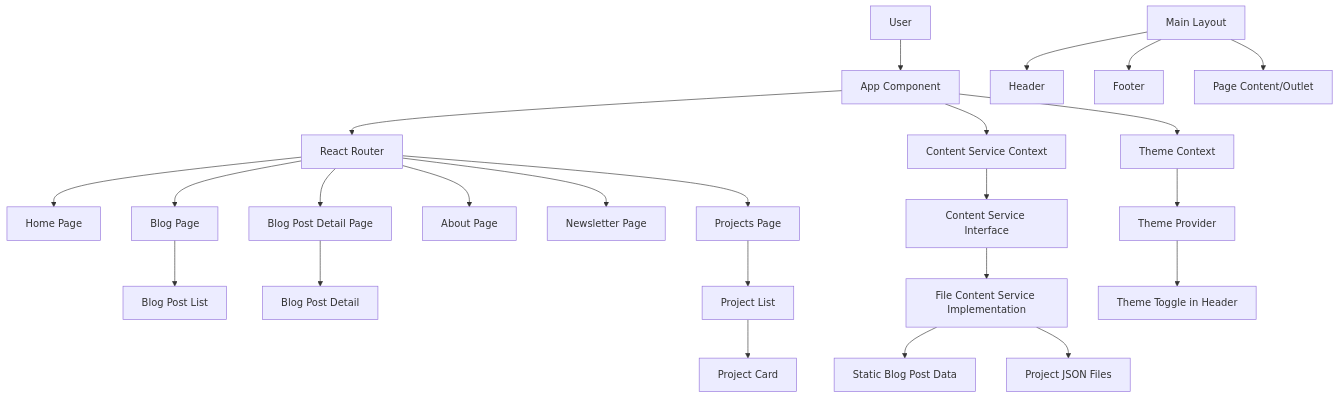
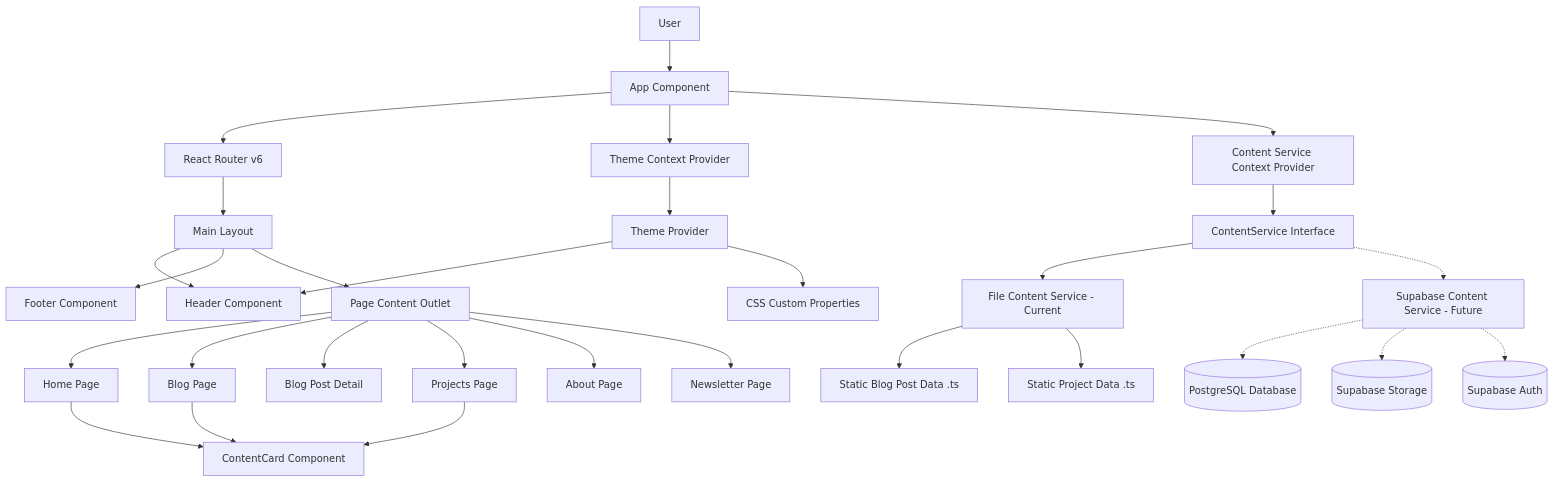
The first of 3 diagrams in memory-bank/systemPatterns.md (tatavarthiv/vijay-blog), drawn with Mermaid before and after one commit. The commit also changed other lines of this file and 25 other files, not shown here.

Commit message:
- finalized UI - added newsletter and about me sections - large refactor of card container to be used across all pages - large refactor of index.css including renaming classes and organization - updated memory bank to reflect current state of project and future plans to migrate data flow to supabase

````diff
--- a/memory-bank/systemPatterns.md
+++ b/memory-bank/systemPatterns.md
@@ -5,33 +5,38 @@
 ```mermaid
 graph TD
     User[User] --> App[App Component]
-    App --> Router[React Router]
-    App --> ThemeContext[Theme Context]
-    App --> ContentServiceContext[Content Service Context]
+    App --> Router[React Router v6]
+    App --> ThemeContext[Theme Context Provider]
+    App --> ContentServiceContext[Content Service Context Provider]
 
-    Router --> HomePage[Home Page]
-    Router --> BlogPage[Blog Page]
-    Router --> ProjectsPage[Projects Page]
-    Router --> AboutPage[About Page]
-    Router --> NewsletterPage[Newsletter Page]
-    Router --> BlogPostPage[Blog Post Detail Page]
+    Router --> MainLayout[Main Layout]
+    MainLayout --> Header[Header Component]
+    MainLayout --> Footer[Footer Component]
+    MainLayout --> Outlet[Page Content Outlet]
 
-    BlogPage --> BlogPostList[Blog Post List]
-    BlogPostPage --> BlogPostDetail[Blog Post Detail]
+    Outlet --> HomePage[Home Page]
+    Outlet --> BlogPage[Blog Page]
+    Outlet --> BlogPostPage[Blog Post Detail]
+    Outlet --> ProjectsPage[Projects Page]
+    Outlet --> AboutPage[About Page]
+    Outlet --> NewsletterPage[Newsletter Page]
 
-    ProjectsPage --> ProjectList[Project List]
-    ProjectList --> ProjectCard[Project Card]
+    HomePage --> ContentCard[ContentCard Component]
+    BlogPage --> ContentCard
+    ProjectsPage --> ContentCard
 
-    MainLayout[Main Layout] --> Header[Header]
-    MainLayout[Main Layout] --> Footer[Footer]
-    MainLayout[Main Layout] --> Outlet[Page Content/Outlet]
+    ContentServiceContext --> ContentService[ContentService Interface]
+    ContentService --> FileContentService[File Content Service - Current]
+    ContentService -.-> SupabaseContentService[Supabase Content Service - Future]
 
-    ContentServiceContext --> ContentService[Content Service Interface]
-    ContentService --> FileContentService[File Content Service Implementation]
+    FileContentService --> BlogPostData[Static Blog Post Data .ts]
+    FileContentService --> ProjectData[Static Project Data .ts]
 
-    FileContentService --> BlogPostData[Static Blog Post Data]
-    FileContentService --> ProjectData[Project JSON Files]
+    SupabaseContentService -.-> PostgreSQL[(PostgreSQL Database)]
+    SupabaseContentService -.-> SupabaseStorage[(Supabase Storage)]
+    SupabaseContentService -.-> SupabaseAuth[(Supabase Auth)]
 
     ThemeContext --> ThemeProvider[Theme Provider]
-    ThemeProvider --> ThemeToggle[Theme Toggle in Header]
+    ThemeProvider --> Header
+    ThemeProvider --> CSSVariables[CSS Custom Properties]
 ```
````
